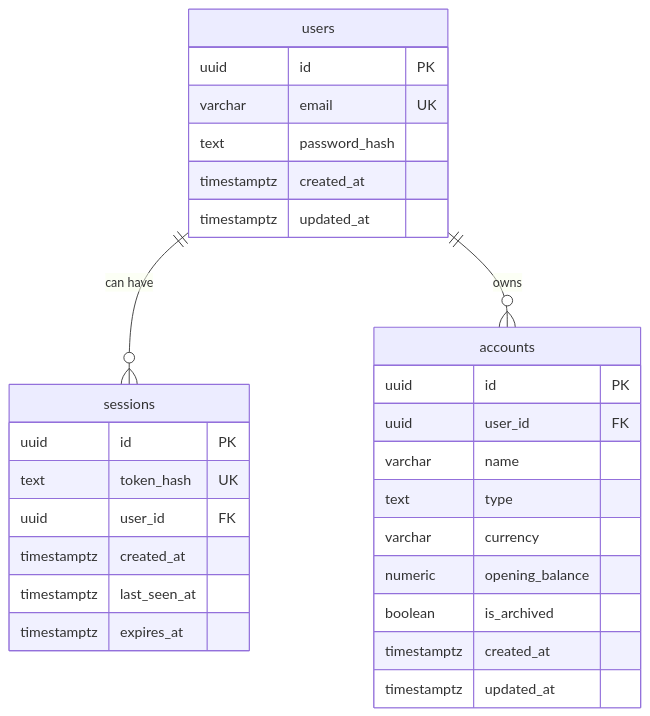
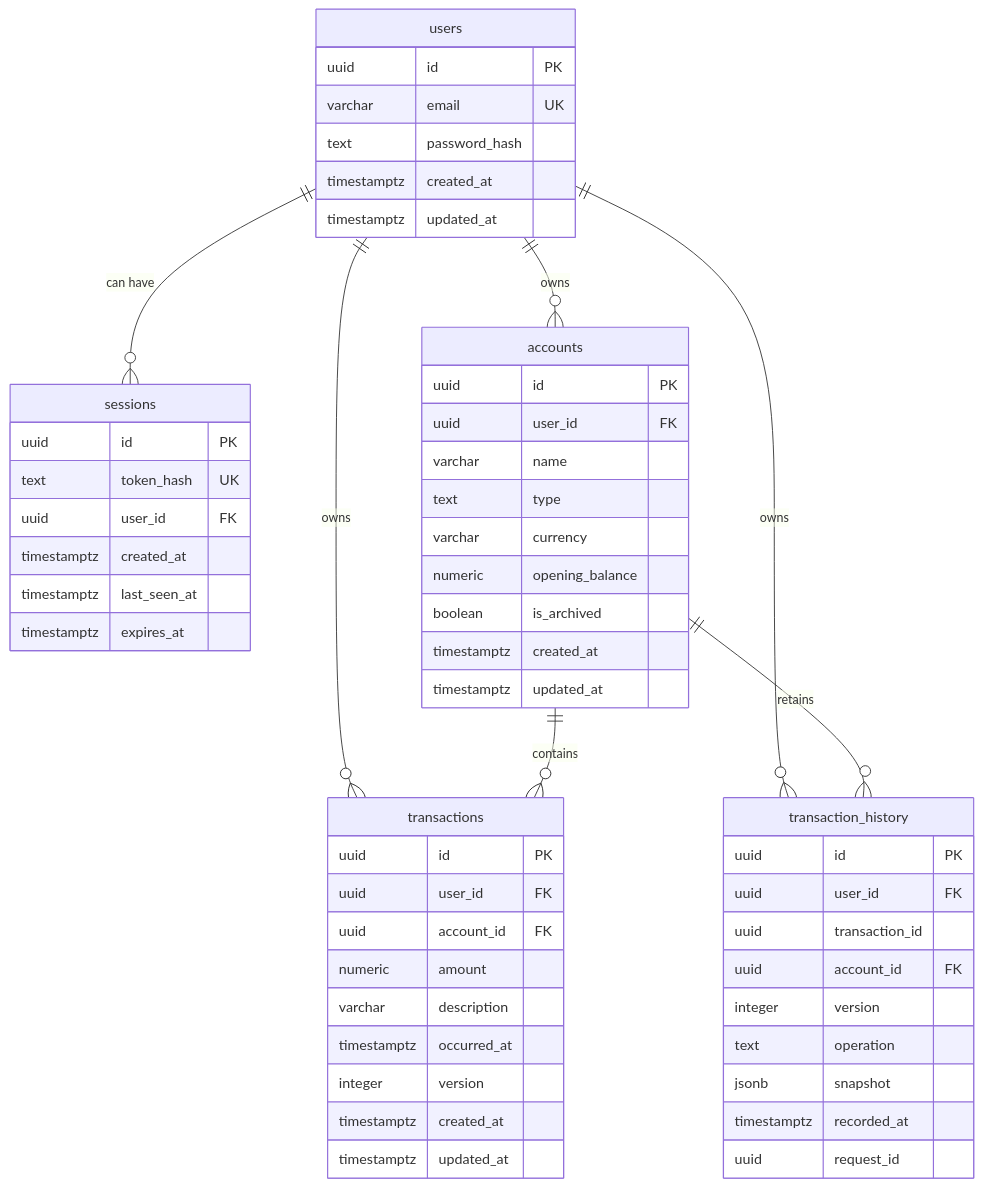
Before and after one commit to jaminwebdev/hono-drizzle-api: the second of 4 diagrams in docs/setup.md, drawn with Mermaid. The commit also changed other lines of this file and 7 other files, not shown here.

Commit message:
transaction and transaction history tables

````diff
--- a/docs/setup.md
+++ b/docs/setup.md
@@ -100,31 +100,57 @@
 ```mermaid
 erDiagram
     users ||--o{ sessions : "can have"
     users ||--o{ accounts : "owns"
+    users ||--o{ transactions : "owns"
+    users ||--o{ transaction_history : "owns"
+    accounts ||--o{ transactions : "contains"
+    accounts ||--o{ transaction_history : "retains"
     users {
         uuid id PK
         varchar email UK
         text password_hash
         timestamptz created_at
         timestamptz updated_at
     }
     sessions {
         uuid id PK
         text token_hash UK
         uuid user_id FK
         timestamptz created_at
         timestamptz last_seen_at
         timestamptz expires_at
     }
     accounts {
         uuid id PK
         uuid user_id FK
         varchar name
         text type
         varchar currency
         numeric opening_balance
         boolean is_archived
         timestamptz created_at
         timestamptz updated_at
     }
+    transactions {
+        uuid id PK
+        uuid user_id FK
+        uuid account_id FK
+        numeric amount
+        varchar description
+        timestamptz occurred_at
+        integer version
+        timestamptz created_at
+        timestamptz updated_at
+    }
+    transaction_history {
+        uuid id PK
+        uuid user_id FK
+        uuid transaction_id
+        uuid account_id FK
+        integer version
+        text operation
+        jsonb snapshot
+        timestamptz recorded_at
+        uuid request_id
+    }
 ```
````
